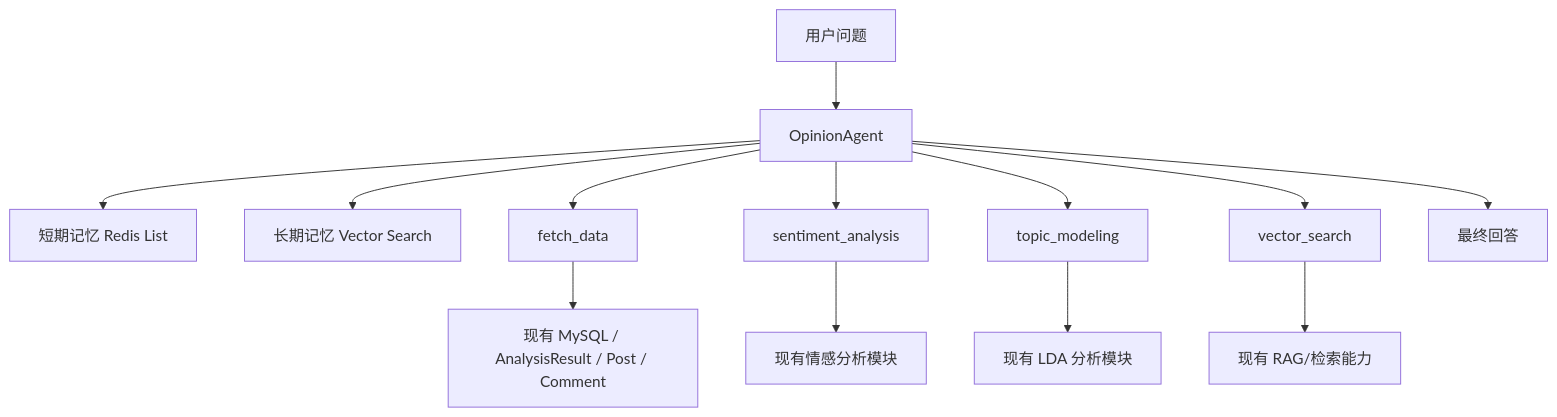
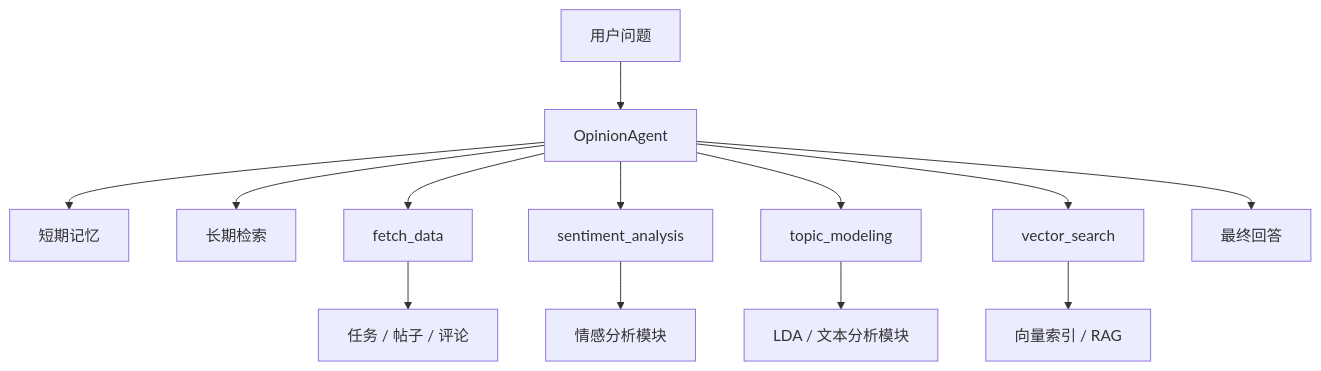
One commit to meichungen/rag-llm-opinion-analysis-system changed the diagram in README.md. Above: the diagram before and after it, drawn with Mermaid. The commit also changed other lines of this file and 41 other files, not shown here.

````diff
--- a/README.md
+++ b/README.md
@@ -43,15 +49,15 @@
 ```mermaid
 flowchart TD
     U[用户问题] --> A[OpinionAgent]
-    A --> M1[短期记忆 Redis List]
-    A --> M2[长期记忆 Vector Search]
+    A --> M1[短期记忆]
+    A --> M2[长期检索]
     A --> T1[fetch_data]
     A --> T2[sentiment_analysis]
     A --> T3[topic_modeling]
     A --> T4[vector_search]
-    T1 --> S[现有 MySQL / AnalysisResult / Post / Comment]
-    T2 --> S2[现有情感分析模块]
-    T3 --> S3[现有 LDA 分析模块]
-    T4 --> S4[现有 RAG/检索能力]
+    T1 --> S1[任务 / 帖子 / 评论]
+    T2 --> S2[情感分析模块]
+    T3 --> S3[LDA / 文本分析模块]
+    T4 --> S4[向量索引 / RAG]
     A --> R[最终回答]
 ```
````
